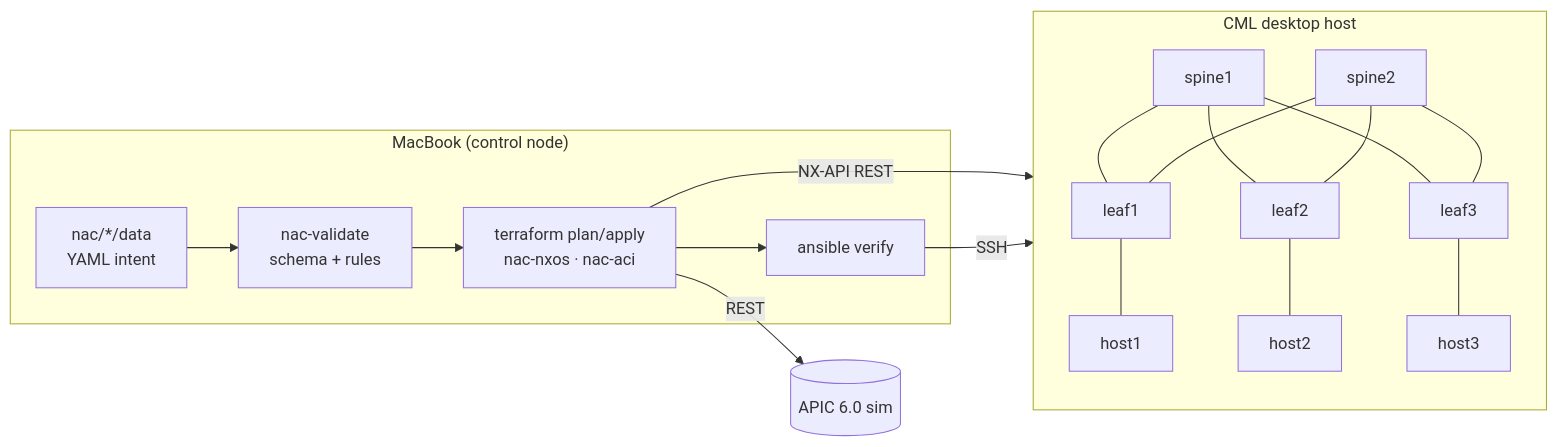
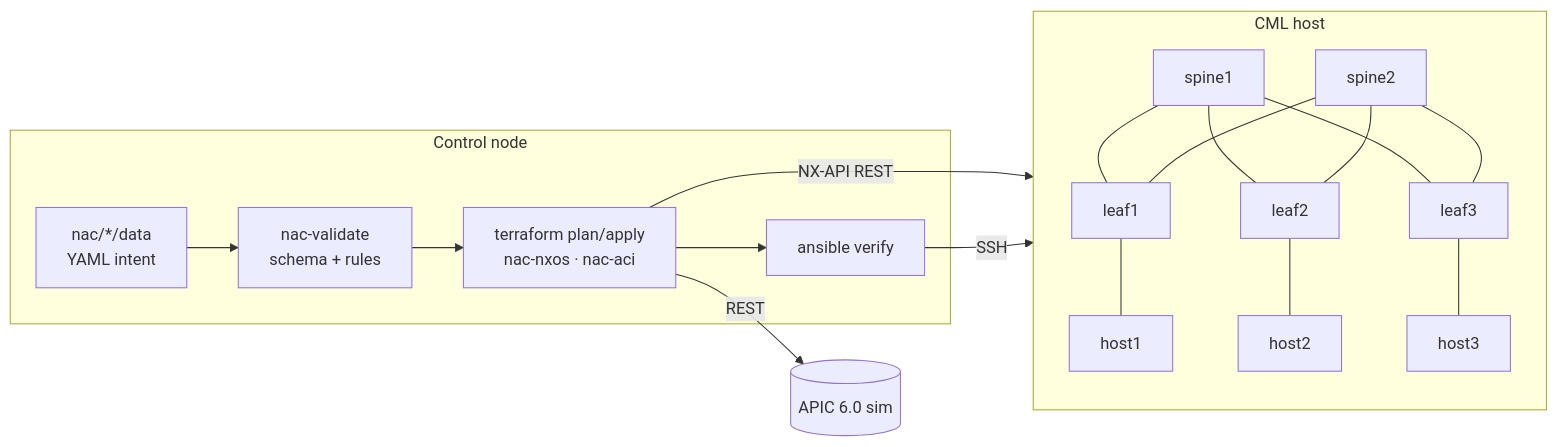
Before and after one commit to Dbarrios080791/DC_Automation: the diagram in README.md, drawn with Mermaid. The commit also changed 3 other files, not shown here.

````diff
--- a/README.md
+++ b/README.md
@@ -23,18 +23,18 @@
 ```mermaid
 flowchart LR
-  subgraph Mac["MacBook (control node)"]
+  subgraph Ctl["Control node"]
     Y[nac/*/data<br/>YAML intent] --> V[nac-validate<br/>schema + rules]
     V --> T[terraform plan/apply<br/>nac-nxos · nac-aci]
     T --> A[ansible verify]
   end
-  subgraph CML["CML desktop host"]
+  subgraph CML["CML host"]
     S1[spine1] --- L1[leaf1] & L2[leaf2] & L3[leaf3]
     S2[spine2] --- L1 & L2 & L3
     L1 --- H1[host1]
     L2 --- H2[host2]
     L3 --- H3[host3]
   end
   T -- NX-API REST --> CML
   A -- SSH --> CML
   T -- REST --> APIC[(APIC 6.0 sim)]
 ```
````
